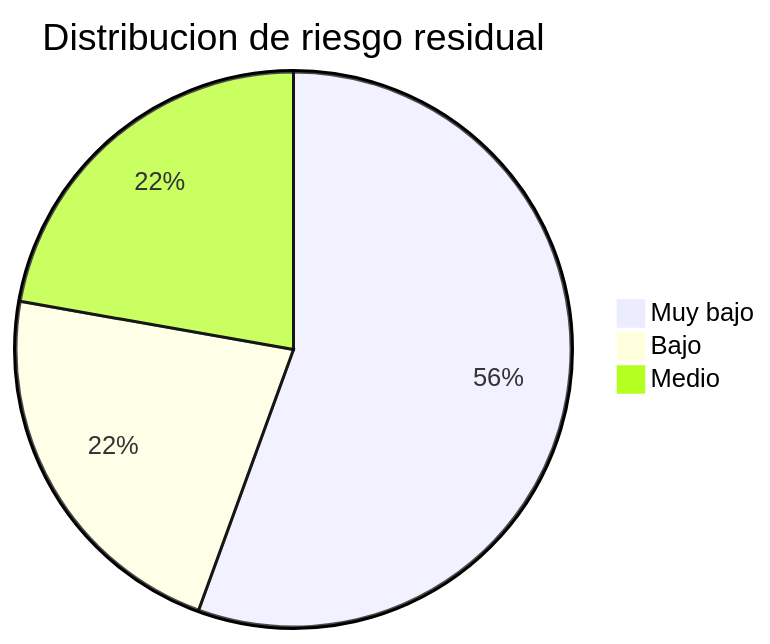
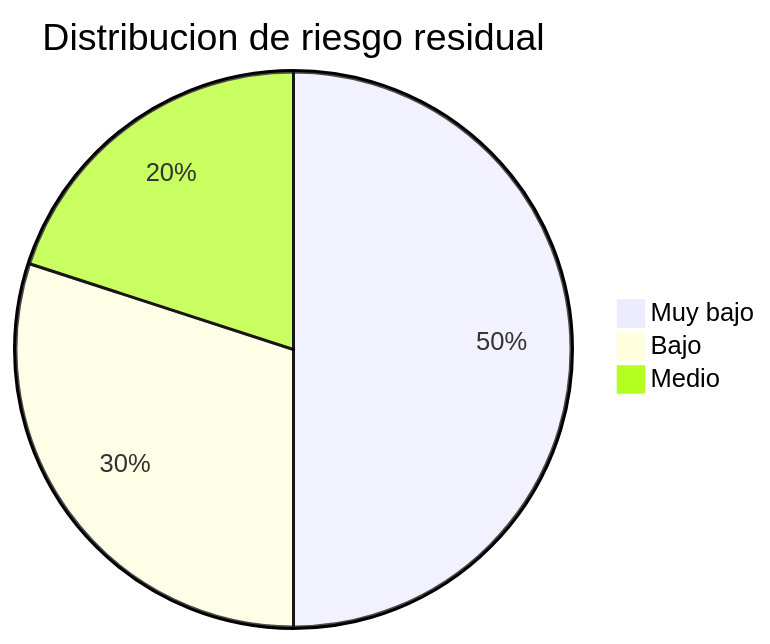
Diagram 11 of 11 in PROTOCOL.md (jorgej-ramos/AAVP), drawn with Mermaid before and after one commit. The commit also changed other lines of this file and 2 other files, not shown here.

````diff
--- a/PROTOCOL.md
+++ b/PROTOCOL.md
@@ -444,6 +460,6 @@
 ```mermaid
 pie title Distribucion de riesgo residual
     "Muy bajo" : 5
-    "Bajo" : 2
+    "Bajo" : 3
     "Medio" : 2
 ```
````
